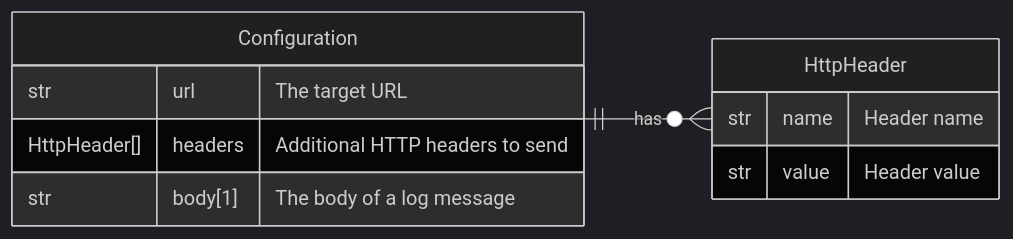
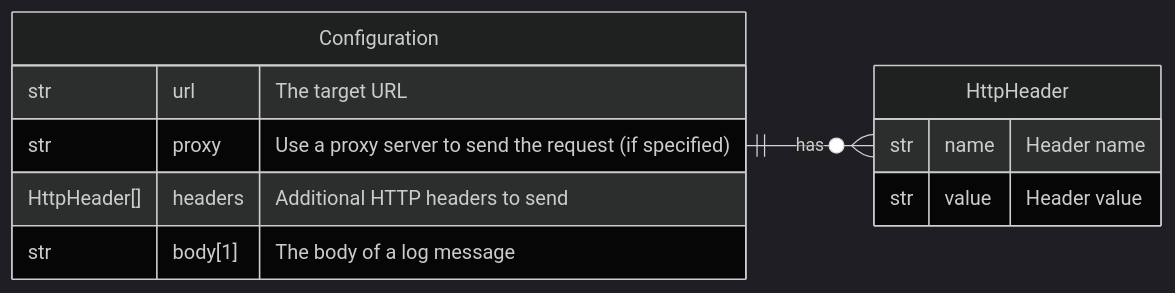
Before and after one commit to link-society/flowg: the diagram in website/docs/technical/forwarders/webhook.md, drawn with Mermaid (dark theme).

Commit message:
:memo: Update documentation for Webook forwarder

````diff
--- a/website/docs/technical/forwarders/webhook.md
+++ b/website/docs/technical/forwarders/webhook.md
@@ -12,17 +12,18 @@
 ```mermaid
 erDiagram
   direction LR
 
   Configuration {
     str url "The target URL"
+    str proxy "Use a proxy server to send the request (if specified)"
     HttpHeader[] headers "Additional HTTP headers to send"
     str body[1] "The body of a log message"
   }
 
   HttpHeader {
     str name "Header name"
     str value "Header value"
   }
 
   Configuration ||--o{ HttpHeader : has
 ```
````
